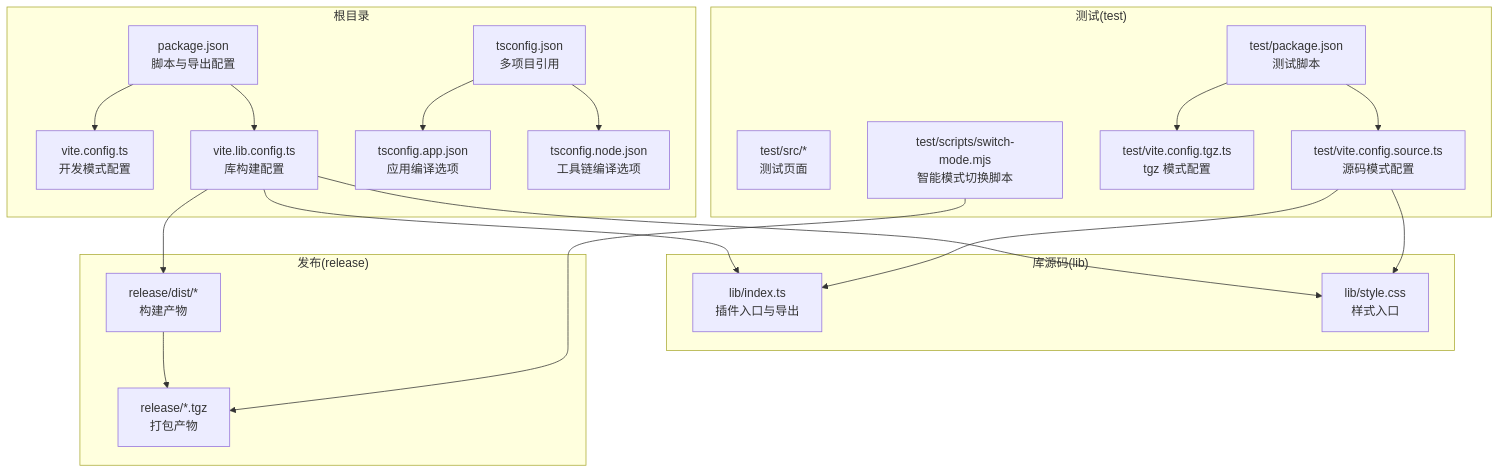
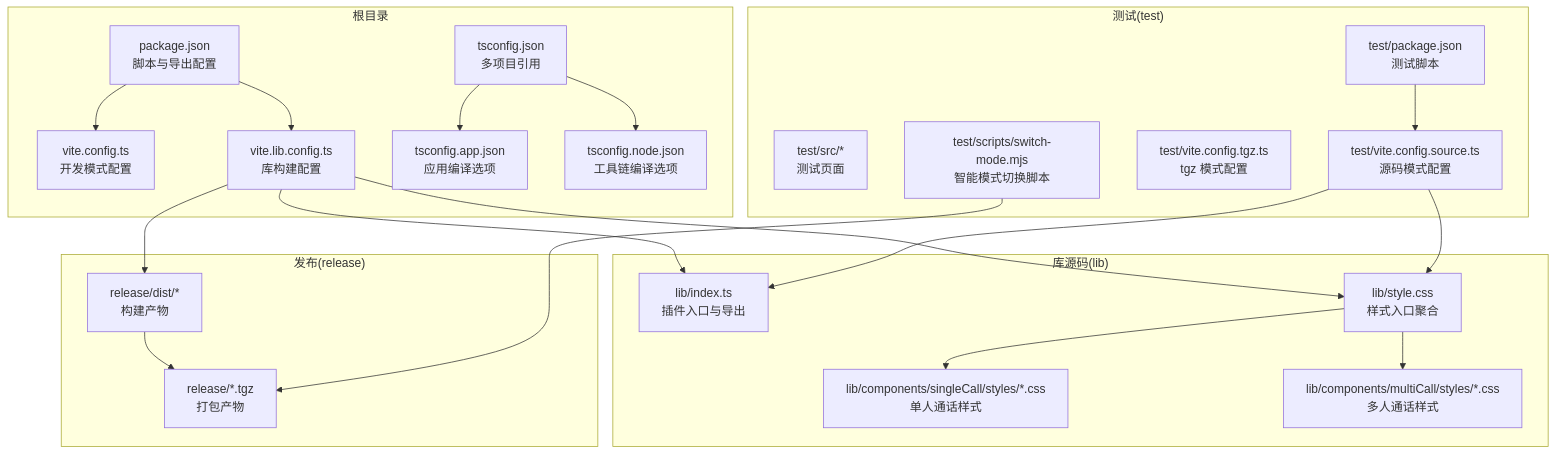
One commit to Easemob-Community/easemob-uikit-callkit-vue3 changed the first of 3 diagrams in .qoder/repowiki/zh/content/开发指南/构建流程.md. Above: the diagram before and after it, drawn with Mermaid. The commit also changed other lines of this file and 58 other files, not shown here.

````diff
--- a/.qoder/repowiki/zh/content/开发指南/构建流程.md
+++ b/.qoder/repowiki/zh/content/开发指南/构建流程.md
@@ -64,39 +71,42 @@
 ```mermaid
 graph TB
 subgraph "根目录"
 Pkg["package.json<br/>脚本与导出配置"]
 ViteDev["vite.config.ts<br/>开发模式配置"]
 ViteLib["vite.lib.config.ts<br/>库构建配置"]
 TSRoot["tsconfig.json<br/>多项目引用"]
 TSApp["tsconfig.app.json<br/>应用编译选项"]
 TSNode["tsconfig.node.json<br/>工具链编译选项"]
 end
 subgraph "库源码(lib)"
 LibIndex["lib/index.ts<br/>插件入口与导出"]
-LibCSS["lib/style.css<br/>样式入口"]
+LibCSS["lib/style.css<br/>样式入口聚合"]
+SingleCallCSS["lib/components/singleCall/styles/*.css<br/>单人通话样式"]
+MultiCallCSS["lib/components/multiCall/styles/*.css<br/>多人通话样式"]
 end
 subgraph "测试(test)"
 TestPkg["test/package.json<br/>测试脚本"]
 TestSrc["test/src/*<br/>测试页面"]
 TestViteSrc["test/vite.config.source.ts<br/>源码模式配置"]
 TestViteTgz["test/vite.config.tgz.ts<br/>tgz 模式配置"]
 Switch["test/scripts/switch-mode.mjs<br/>智能模式切换脚本"]
 end
 subgraph "发布(release)"
 Dist["release/dist/*<br/>构建产物"]
 Tgz["release/*.tgz<br/>打包产物"]
 end
 Pkg --> ViteDev
 Pkg --> ViteLib
 TSRoot --> TSApp
 TSRoot --> TSNode
 ViteLib --> LibIndex
 ViteLib --> LibCSS
+LibCSS --> SingleCallCSS
+LibCSS --> MultiCallCSS
 TestPkg --> TestViteSrc
-TestPkg --> TestViteTgz
 TestViteSrc --> LibIndex
 TestViteSrc --> LibCSS
 ViteLib --> Dist
 Dist --> Tgz
 Switch --> Tgz
 ```
````
